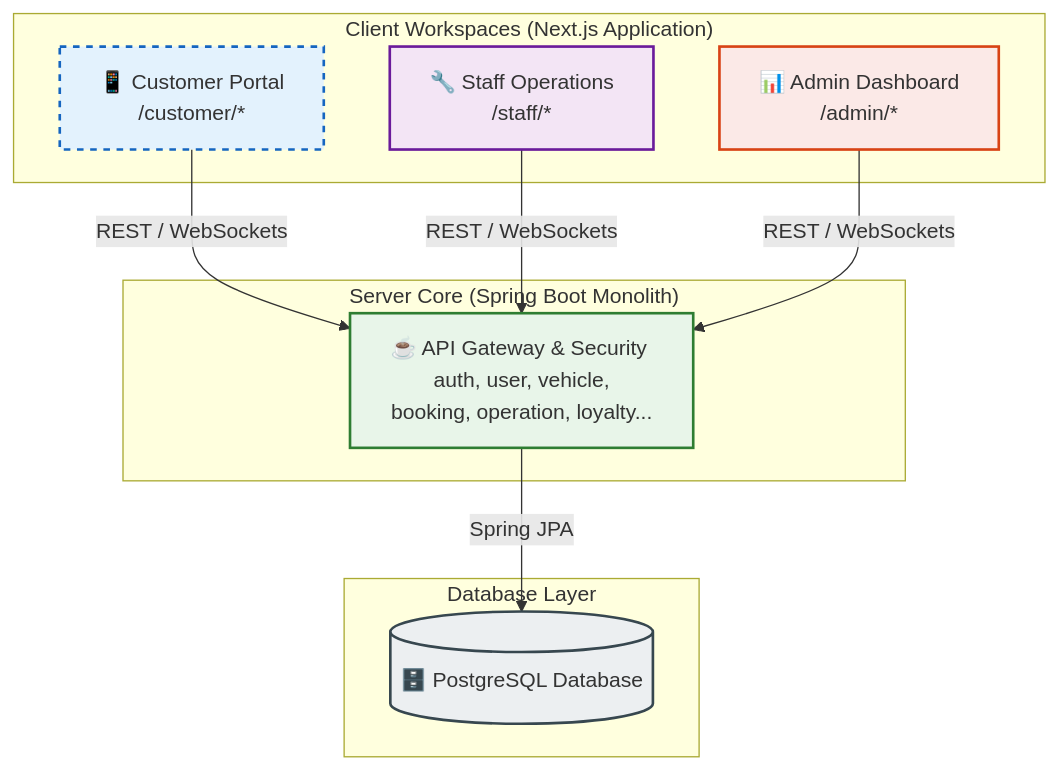
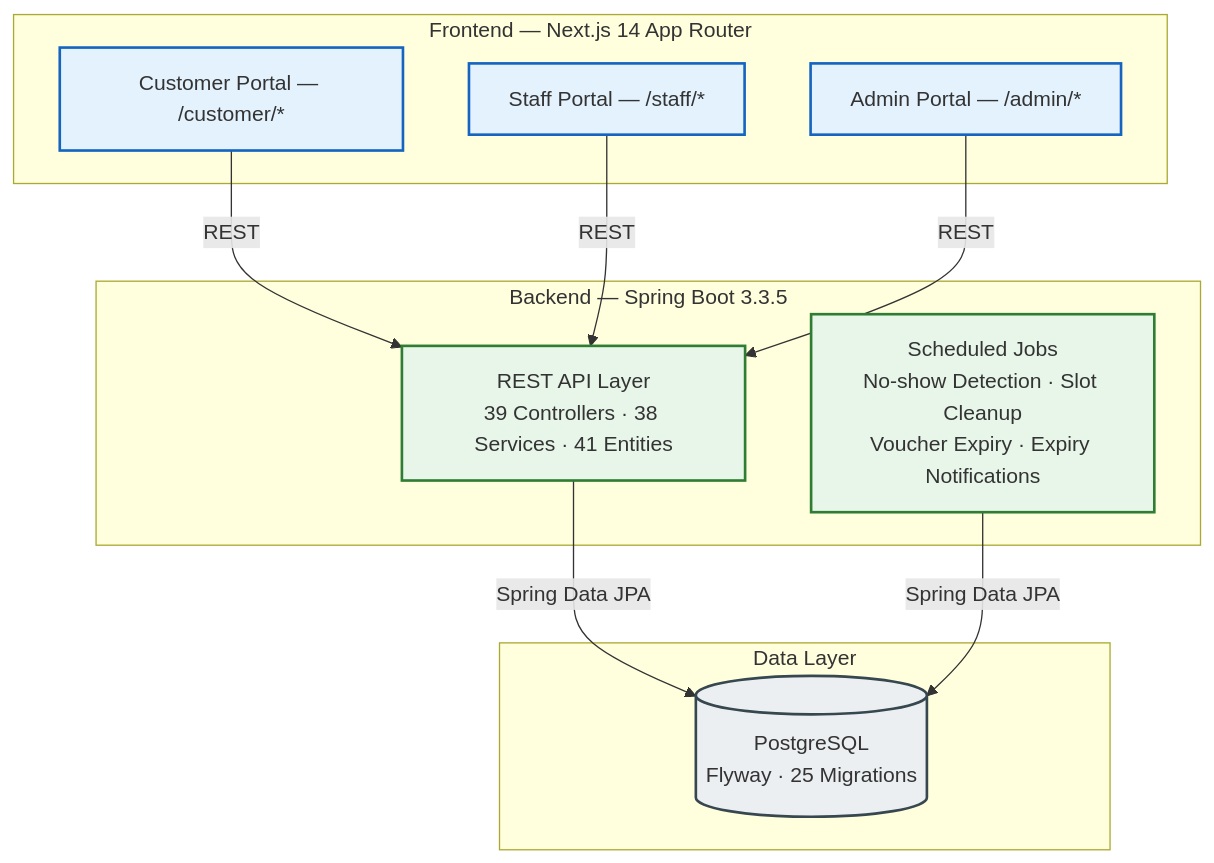
Before and after one commit to Hungle2910/Smart-Automated-Car-Wash-Management-System: the diagram in README.md, drawn with Mermaid. The commit also changed other lines of this file and 5 other files, not shown here.

````diff
--- a/README.md
+++ b/README.md
@@ -34,27 +35,25 @@
 ```mermaid
 graph TD
-    classDef customer fill:#e3f2fd,stroke:#1565c0,stroke-width:2px,stroke-dasharray: 5 5;
-    classDef staff fill:#f3e5f5,stroke:#6a1b9a,stroke-width:2px;
-    classDef admin fill:#fbe9e7,stroke:#d84315,stroke-width:2px;
-    classDef backend fill:#e8f5e9,stroke:#2e7d32,stroke-width:2px;
+    classDef client fill:#e3f2fd,stroke:#1565c0,stroke-width:2px;
+    classDef server fill:#e8f5e9,stroke:#2e7d32,stroke-width:2px;
     classDef db fill:#eceff1,stroke:#37474f,stroke-width:2px;
 
-    subgraph "Client Workspaces (Next.js Application)"
-        C["📱 Customer Portal <br> /customer/*"]:::customer
-        S["🔧 Staff Operations <br> /staff/*"]:::staff
-        A["📊 Admin Dashboard <br> /admin/*"]:::admin
+    subgraph "Frontend — Next.js 14 App Router"
+        CP["Customer Portal — /customer/*"]:::client
+        SP["Staff Portal — /staff/*"]:::client
+        AP["Admin Portal — /admin/*"]:::client
     end
 
-    subgraph "Server Core (Spring Boot Monolith)"
-        B["☕ API Gateway & Security <br> auth, user, vehicle, booking, operation, loyalty..."]:::backend
+    subgraph "Backend — Spring Boot 3.3.5"
+        API["REST API Layer<br/>39 Controllers · 38 Services · 41 Entities"]:::server
+        JOBS["Scheduled Jobs<br/>No-show Detection · Slot Cleanup<br/>Voucher Expiry · Expiry Notifications"]:::server
     end
 
-    subgraph "Database Layer"
-        DB[("🗄️ PostgreSQL Database")]:::db
+    subgraph "Data Layer"
+        DB[("PostgreSQL<br/>Flyway · 25 Migrations")]:::db
     end
 
-    C -->|REST / WebSockets| B
-    S -->|REST / WebSockets| B
-    A -->|REST / WebSockets| B
-    B -->|Spring JPA| DB
+    CP & SP & AP -->|REST| API
+    API -->|Spring Data JPA| DB
+    JOBS -->|Spring Data JPA| DB
 ```
````
